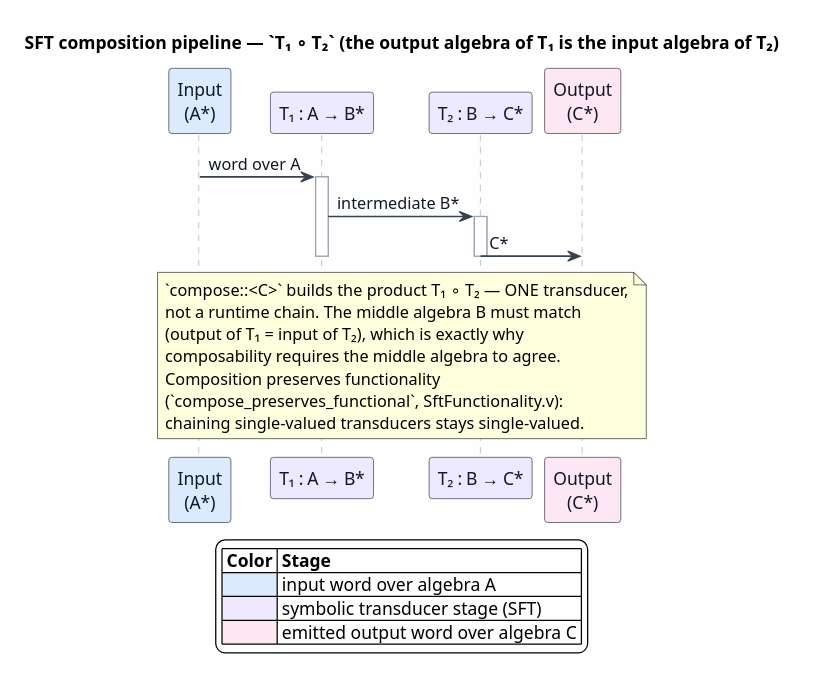
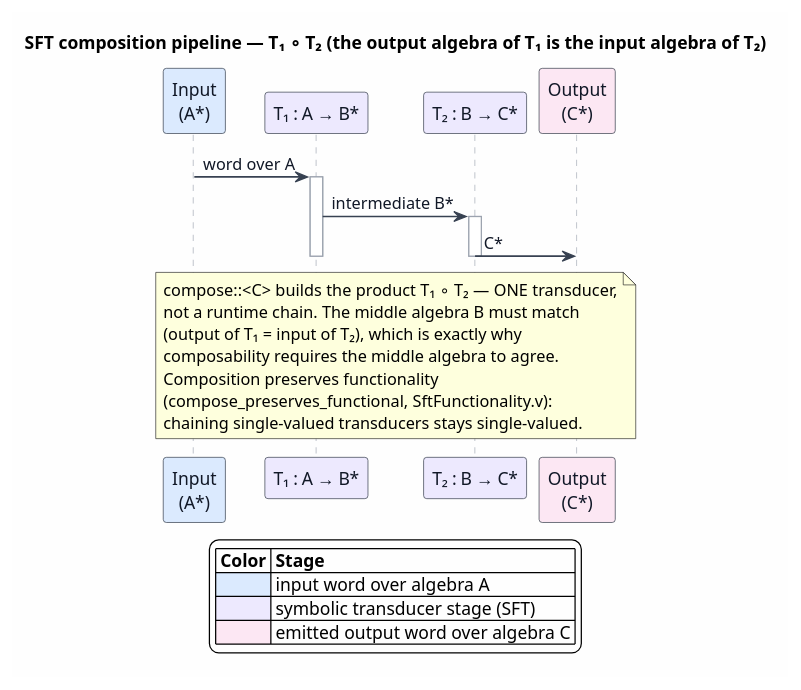
The diagram in docs/architecture/semantic-predicates/figures/04-sft-composition.puml (F1R3FLY-io/mettail-rust), drawn with PlantUML before and after one commit. The commit also changed 51 other files, not shown here.

```diff
--- a/docs/architecture/semantic-predicates/figures/04-sft-composition.puml
+++ b/docs/architecture/semantic-predicates/figures/04-sft-composition.puml
@@ -1,44 +1,44 @@
 @startuml
-title SFT composition pipeline — `T₁ ∘ T₂` (the output algebra of T₁ is the input algebra of T₂)
+title SFT composition pipeline — T₁ ∘ T₂ (the output algebra of T₁ is the input algebra of T₂)
 
 skinparam backgroundColor #FEFEFE
 skinparam shadowing false
 skinparam ArrowColor #374151
 skinparam ArrowThickness 1.3
 skinparam sequence {
   ParticipantBorderColor #1F2937
   ParticipantFontColor #111827
   LifeLineBorderColor #9CA3AF
   ArrowFontColor #111827
 }
 
 participant "Input\n(A*)" as IN #DBEAFE
 participant "T₁ : A → B*" as T1 #EDE9FE
 participant "T₂ : B → C*" as T2 #EDE9FE
 participant "Output\n(C*)" as OUT #FCE7F3
 
 IN -> T1 : word over A
 activate T1
 T1 -> T2 : intermediate B*
 activate T2
 T2 -> OUT : C*
 deactivate T2
 deactivate T1
 
 note over T1, T2
-  `compose::<C>` builds the product T₁ ∘ T₂ — ONE transducer,
+  compose::<C> builds the product T₁ ∘ T₂ — ONE transducer,
   not a runtime chain. The middle algebra B must match
   (output of T₁ = input of T₂), which is exactly why
   composability requires the middle algebra to agree.
   Composition preserves functionality
-  (`compose_preserves_functional`, SftFunctionality.v):
+  (compose_preserves_functional, SftFunctionality.v):
   chaining single-valued transducers stays single-valued.
 end note
 
 legend bottom
 |= Color |= Stage |
 |<#DBEAFE> | input word over algebra A |
 |<#EDE9FE> | symbolic transducer stage (SFT) |
 |<#FCE7F3> | emitted output word over algebra C |
 endlegend
 @enduml
```
